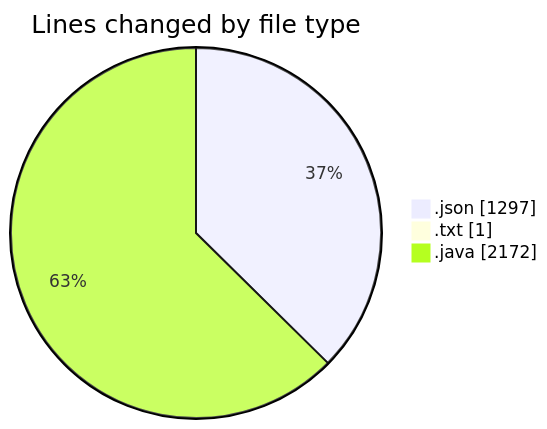
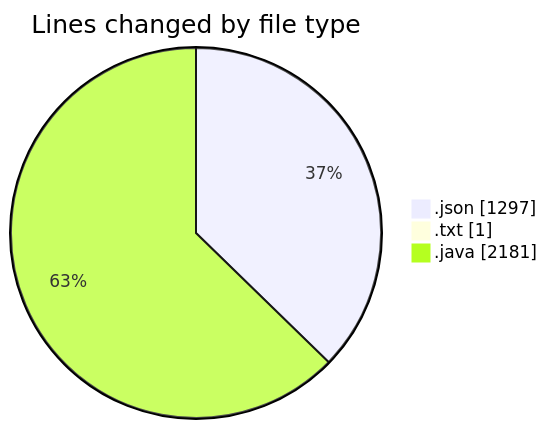
One commit to ricardozamudiocil/code-tracking changed the first of 2 diagrams in 2026-10-15/cilapp/README.md. Above: the diagram before and after it, drawn with Mermaid. The commit also changed other lines of this file and 1 other file, not shown here.

````diff
--- a/2026-10-15/cilapp/README.md
+++ b/2026-10-15/cilapp/README.md
@@ -23,7 +23,7 @@
 ```mermaid
 pie showData
 title Lines changed by file type
 ".json" : 1297
 ".txt" : 1
-".java" : 2172
+".java" : 2181
 ```
````
